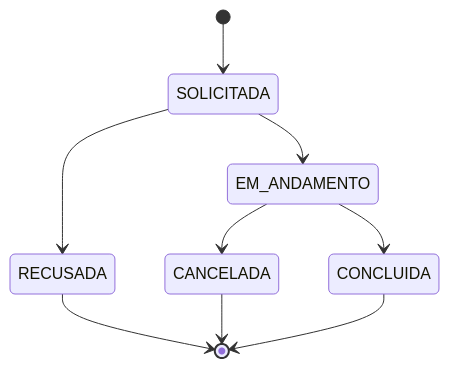
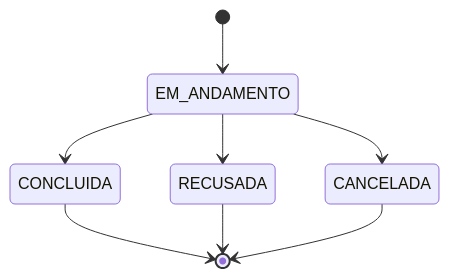
The diagram in docs/Mais Patinhas/02-Modelagem/Fluxo Status de Adocao.md (RuanParreira/maispatinhas-tcc), drawn with Mermaid before and after one commit. The commit also changed other lines of this file and 6 other files, not shown here.

````diff
--- a/docs/Mais Patinhas/02-Modelagem/Fluxo Status de Adocao.md
+++ b/docs/Mais Patinhas/02-Modelagem/Fluxo Status de Adocao.md
@@ -7,11 +7,10 @@
 ```mermaid
 stateDiagram-v2
-    [*] --> SOLICITADA
-    SOLICITADA --> RECUSADA
-    SOLICITADA --> EM_ANDAMENTO
+    [*] --> EM_ANDAMENTO
+    EM_ANDAMENTO --> CONCLUIDA
+    EM_ANDAMENTO --> RECUSADA
     EM_ANDAMENTO --> CANCELADA
-    EM_ANDAMENTO --> CONCLUIDA
     CONCLUIDA --> [*]
     RECUSADA --> [*]
     CANCELADA --> [*]
 ```
````
